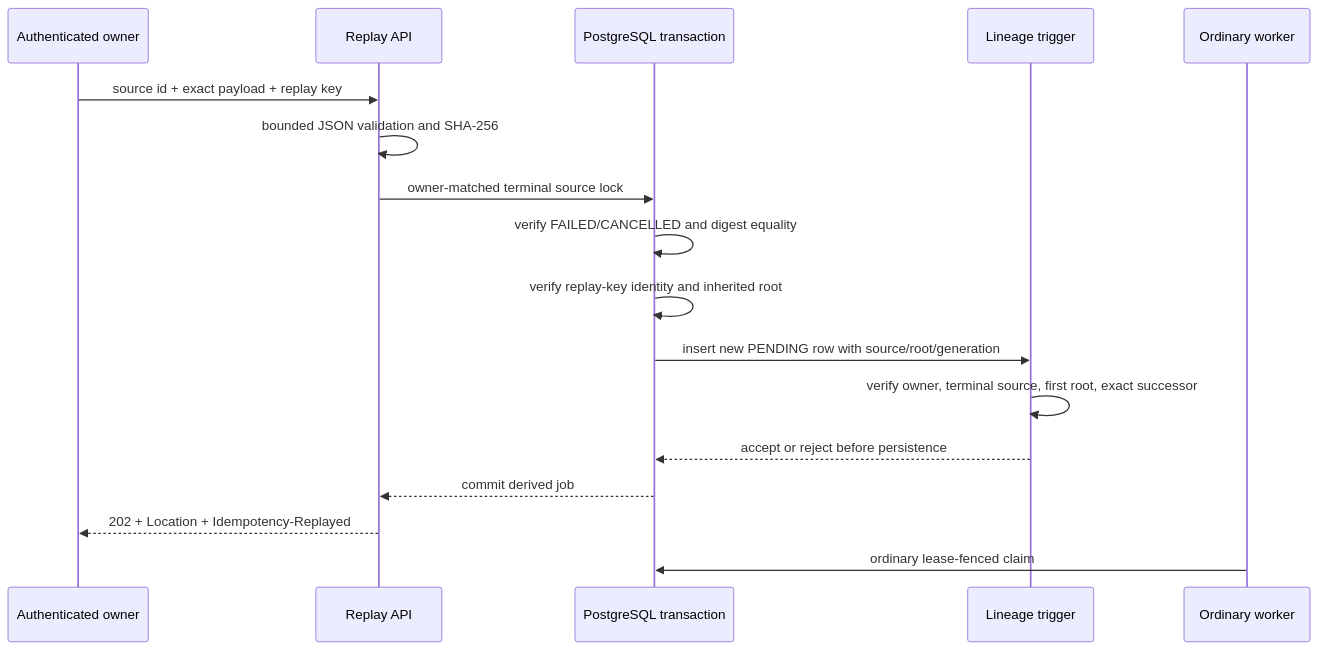
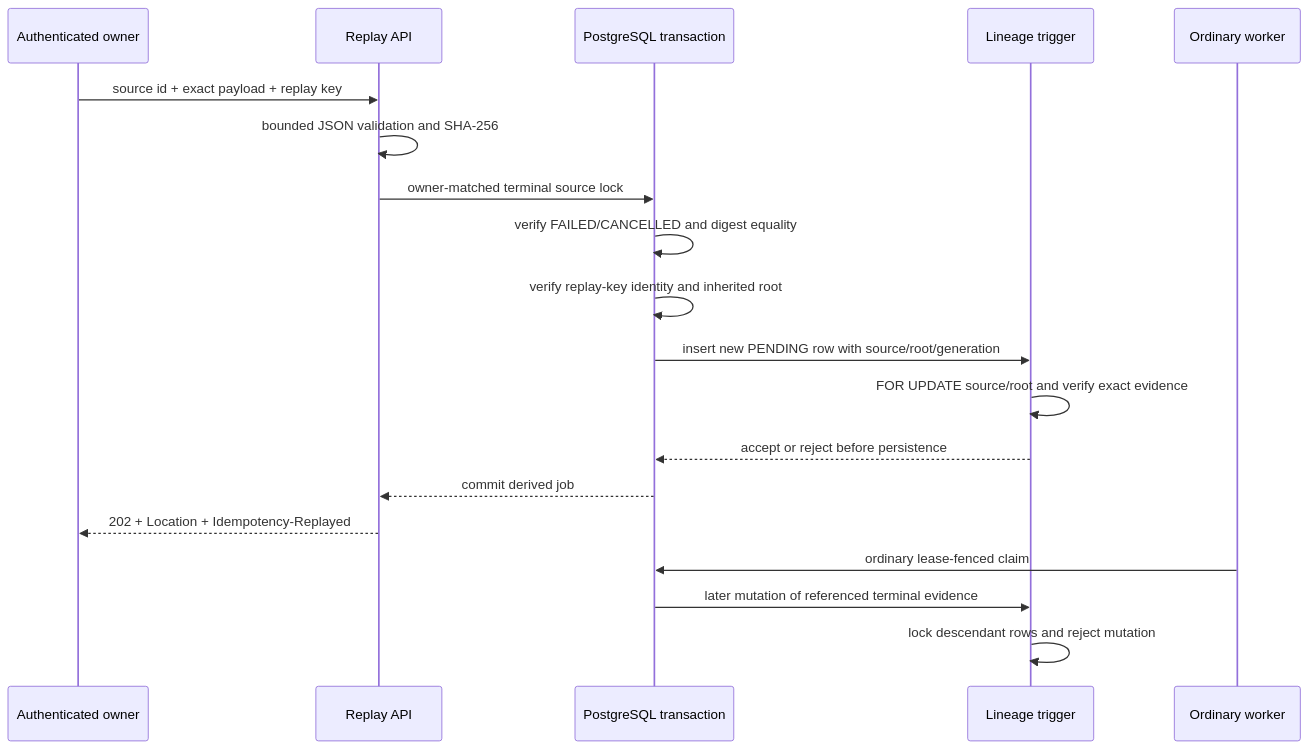
Before and after one commit to ContextualWisdomLab/mightyETL: the diagram in docs/adr/2026-08-07-immutable-durable-job-replay.md, drawn with Mermaid. The commit also changed other lines of this file, not shown here.

Commit message:
docs(adr): freeze referenced replay evidence

````diff
--- a/docs/adr/2026-08-07-immutable-durable-job-replay.md
+++ b/docs/adr/2026-08-07-immutable-durable-job-replay.md
@@ -42,20 +47,22 @@
 ```mermaid
 sequenceDiagram
     participant O as Authenticated owner
     participant A as Replay API
     participant P as PostgreSQL transaction
     participant T as Lineage trigger
     participant W as Ordinary worker
 
     O->>A: source id + exact payload + replay key
     A->>A: bounded JSON validation and SHA-256
     A->>P: owner-matched terminal source lock
     P->>P: verify FAILED/CANCELLED and digest equality
     P->>P: verify replay-key identity and inherited root
     P->>T: insert new PENDING row with source/root/generation
-    T->>T: verify owner, terminal source, first root, exact successor
+    T->>T: FOR UPDATE source/root and verify exact evidence
     T-->>P: accept or reject before persistence
     P-->>A: commit derived job
     A-->>O: 202 + Location + Idempotency-Replayed
     W->>P: ordinary lease-fenced claim
+    P->>T: later mutation of referenced terminal evidence
+    T->>T: lock descendant rows and reject mutation
 ```
````
